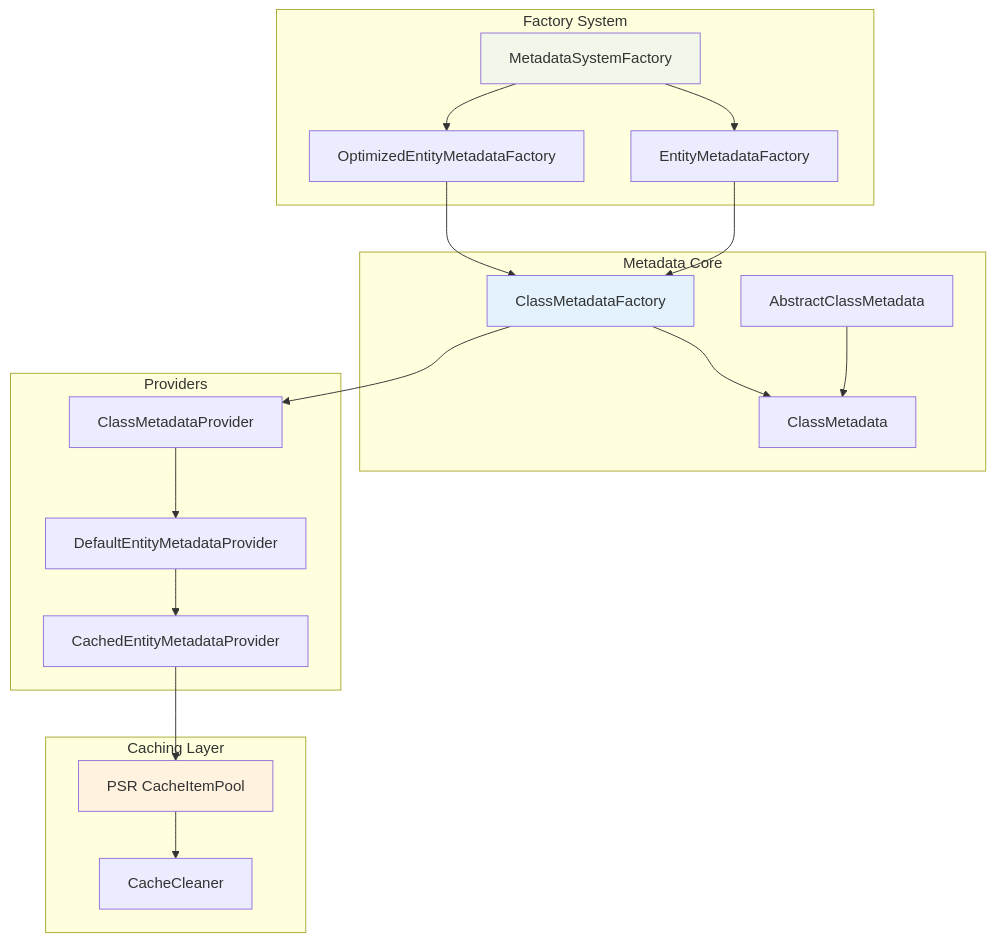
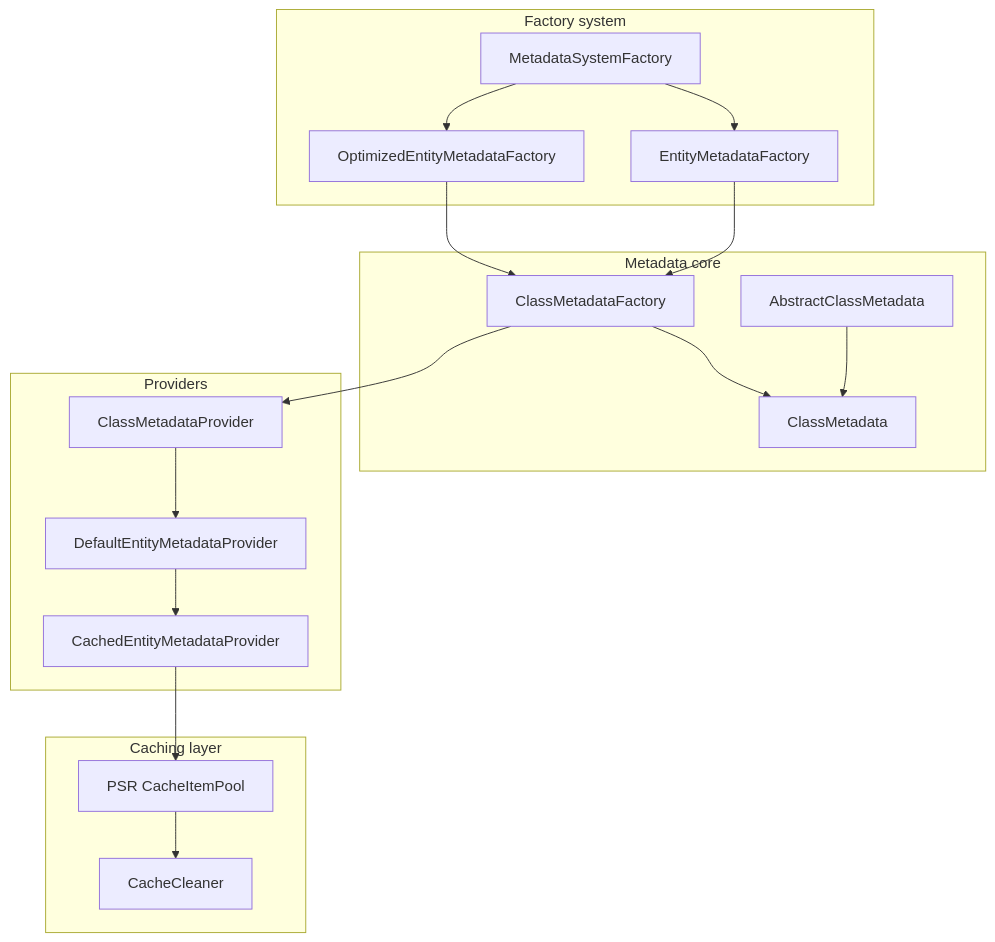
One commit to kabiroman/adaptive-entity-manager changed the seventh of 7 diagrams in docs/ARCHITECTURE_DIAGRAMS.md. Above: the diagram before and after it, drawn with Mermaid. The commit also changed other lines of this file and 7 other files, not shown here.

````diff
--- a/docs/ARCHITECTURE_DIAGRAMS.md
+++ b/docs/ARCHITECTURE_DIAGRAMS.md
@@ -297,44 +278,40 @@
 ```mermaid
 graph TB
-    subgraph "Metadata Core"
+    subgraph metadataCore [Metadata core]
         CMF2["ClassMetadataFactory"]
         CM3["ClassMetadata"]
         ACM["AbstractClassMetadata"]
     end
-    
-    subgraph "Providers"
+
+    subgraph providers [Providers]
         CMP2["ClassMetadataProvider"]
         DEMP["DefaultEntityMetadataProvider"]
         CEMP["CachedEntityMetadataProvider"]
     end
-    
-    subgraph "Factory System"
+
+    subgraph factorySystem [Factory system]
         EMF["EntityMetadataFactory"]
         OEMF["OptimizedEntityMetadataFactory"]
         MSF["MetadataSystemFactory"]
     end
-    
-    subgraph "Caching Layer"
+
+    subgraph cachingLayer [Caching layer]
         CachePool["PSR CacheItemPool"]
         CacheCleaner["CacheCleaner"]
     end
-    
+
     ACM --> CM3
     CMF2 --> CM3
-    
+
     CMP2 --> DEMP
     DEMP --> CEMP
     CEMP --> CachePool
-    
+
     EMF --> CMF2
     OEMF --> CMF2
     MSF --> EMF
     MSF --> OEMF
-    
+
     CMF2 --> CMP2
     CachePool --> CacheCleaner
-    
-    style CMF2 fill:#e3f2fd
-    style CachePool fill:#fff3e0
-    style MSF fill:#f1f8e9
 ```
````
